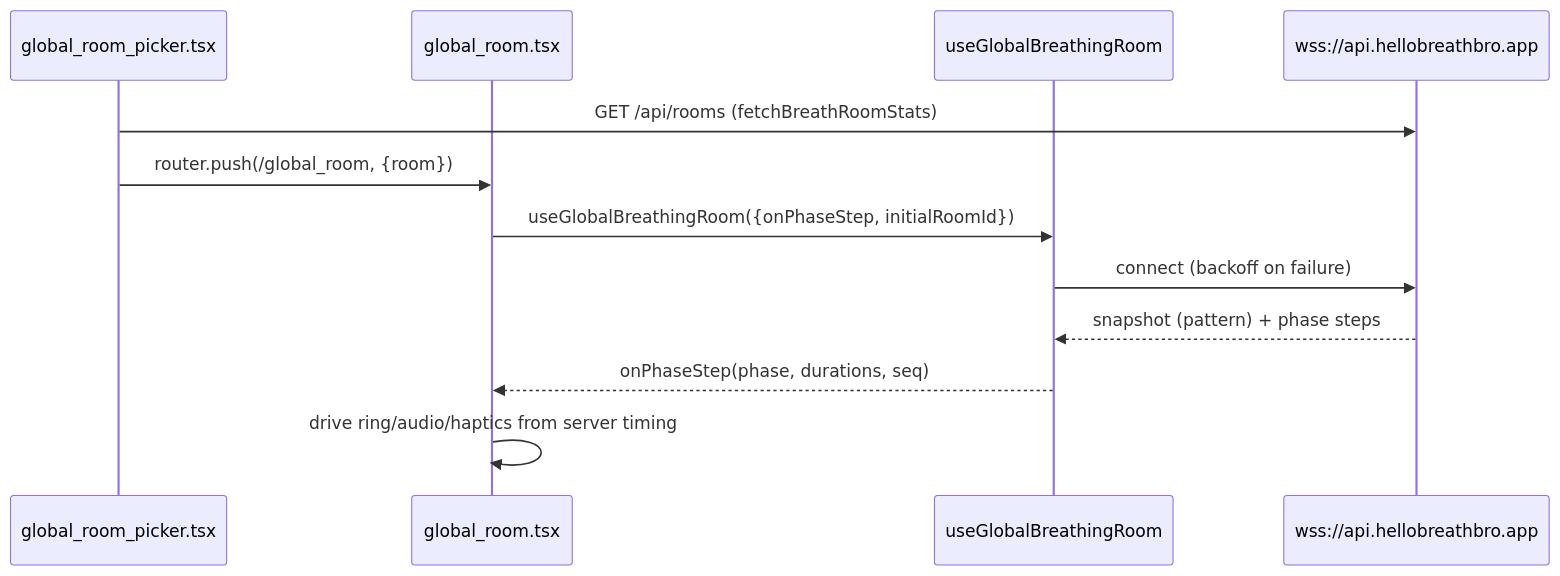
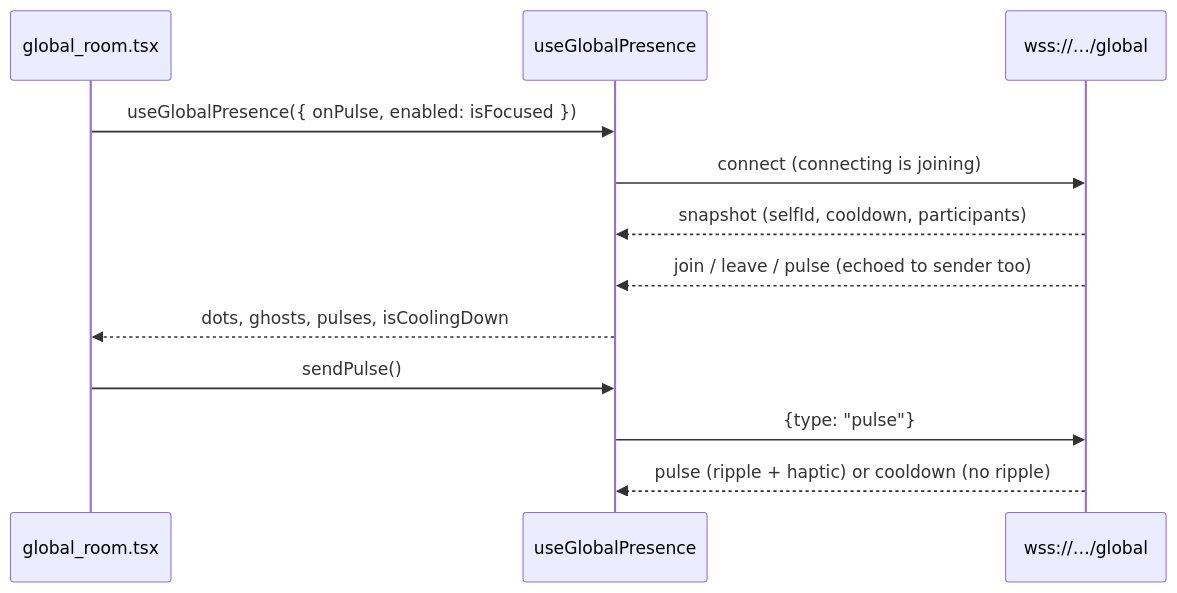
Before and after one commit to michael-d-abraham/JustBreatheBro: the fourth of 4 diagrams in docs/ARCHITECTURE.md, drawn with Mermaid. The commit also changed other lines of this file and 9 other files, not shown here.

First line of the commit message:
Docs: Global Room redesign

````diff
--- a/docs/ARCHITECTURE.md
+++ b/docs/ARCHITECTURE.md
@@ -250,14 +233,14 @@
 ```mermaid
 sequenceDiagram
-  participant Picker as global_room_picker.tsx
   participant Screen as global_room.tsx
-  participant Hook as useGlobalBreathingRoom
-  participant WS as wss://api.hellobreathbro.app
-  Picker->>WS: GET /api/rooms (fetchBreathRoomStats)
-  Picker->>Screen: router.push(/global_room, {room})
-  Screen->>Hook: useGlobalBreathingRoom({onPhaseStep, initialRoomId})
-  Hook->>WS: connect (backoff on failure)
-  WS-->>Hook: snapshot (pattern) + phase steps
-  Hook-->>Screen: onPhaseStep(phase, durations, seq)
-  Screen->>Screen: drive ring/audio/haptics from server timing
+  participant Hook as useGlobalPresence
+  participant WS as wss://…/global
+  Screen->>Hook: useGlobalPresence({ onPulse, enabled: isFocused })
+  Hook->>WS: connect (connecting is joining)
+  WS-->>Hook: snapshot (selfId, cooldown, participants)
+  WS-->>Hook: join / leave / pulse (echoed to sender too)
+  Hook-->>Screen: dots, ghosts, pulses, isCoolingDown
+  Screen->>Hook: sendPulse()
+  Hook->>WS: {type: "pulse"}
+  WS-->>Hook: pulse (ripple + haptic) or cooldown (no ripple)
 ```
````
